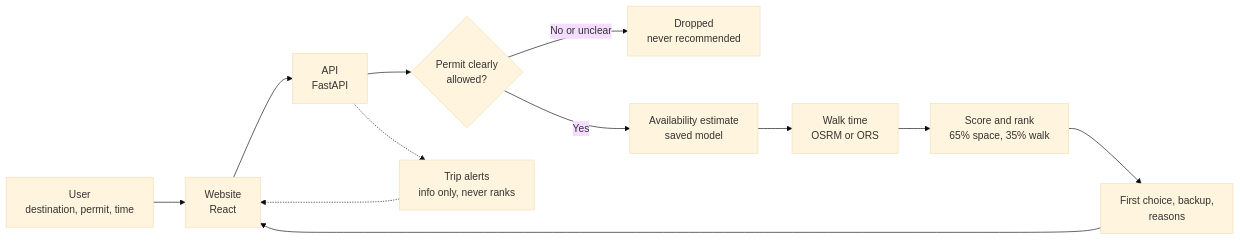
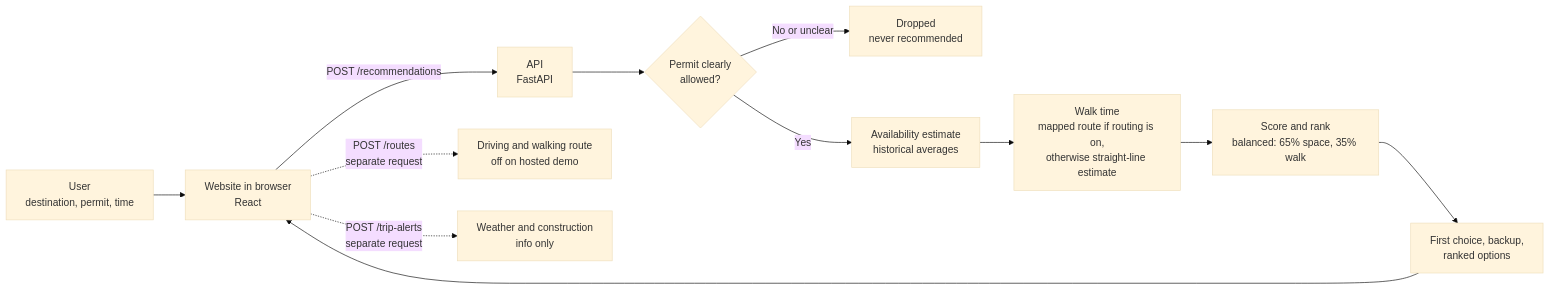
One commit to yraclimaco/parksmart changed the first of 3 diagrams in README.md. Above: the diagram before and after it, drawn with Mermaid (base theme). The commit also changed other lines of this file, not shown here.

First line of the commit message:
Address README review: rebuild safety, diagrams, website vs API

````diff
--- a/README.md
+++ b/README.md
@@ -50,14 +52,14 @@
 ```mermaid
 flowchart LR
-    U["User<br/>destination, permit, time"] --> W["Website<br/>React"]
-    W --> A["API<br/>FastAPI"]
+    U["User<br/>destination, permit, time"] --> W["Website in browser<br/>React"]
+    W -- "POST /recommendations" --> A["API<br/>FastAPI"]
     A --> P{"Permit clearly<br/>allowed?"}
     P -- "No or unclear" --> X["Dropped<br/>never recommended"]
-    P -- Yes --> E["Availability estimate<br/>saved model"]
-    E --> R["Walk time<br/>OSRM or ORS"]
-    R --> S["Score and rank<br/>65% space, 35% walk"]
-    S --> O["First choice, backup,<br/>reasons"]
+    P -- Yes --> E["Availability estimate<br/>historical averages"]
+    E --> R["Walk time<br/>mapped route if routing is on,<br/>otherwise straight-line estimate"]
+    R --> S["Score and rank<br/>balanced: 65% space, 35% walk"]
+    S --> O["First choice, backup,<br/>ranked options"]
     O --> W
-    A -.-> T["Trip alerts<br/>info only, never ranks"]
-    T -.-> W
+    W -. "POST /routes<br/>separate request" .-> RT["Driving and walking route<br/>off on hosted demo"]
+    W -. "POST /trip-alerts<br/>separate request" .-> T["Weather and construction<br/>info only"]
 ```
````
